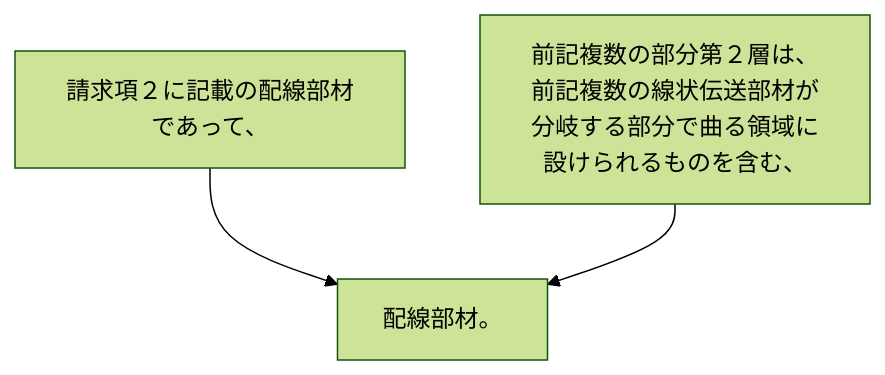
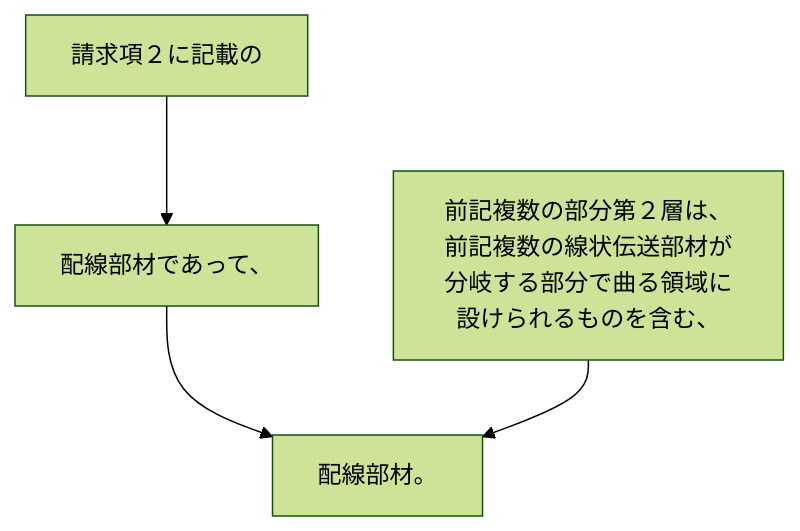
One commit to shinmori55/patent_analyzed changed the diagram in 2024/JP2024001238A/claim_3/README.md. Above: the diagram before and after it, drawn with Mermaid (forest theme). The commit also changed 31 other files, not shown here.

````diff
--- a/2024/JP2024001238A/claim_3/README.md
+++ b/2024/JP2024001238A/claim_3/README.md
@@ -3,8 +3,10 @@
 ```mermaid
 flowchart TD
-A[請求項２に記載の配線部材であって、]
-B[前記複数の部分第２層は、前記複数の線状伝送部材が分岐する部分で曲る領域に設けられるものを含む、]
-C[配線部材。]
-A --> C
-B --> C
+A[請求項２に記載の]
+B[配線部材であって、]
+C[前記複数の部分第２層は、前記複数の線状伝送部材が分岐する部分で曲る領域に設けられるものを含む、]
+D[配線部材。]
+A --> B
+B --> D
+C --> D
 ```
````
